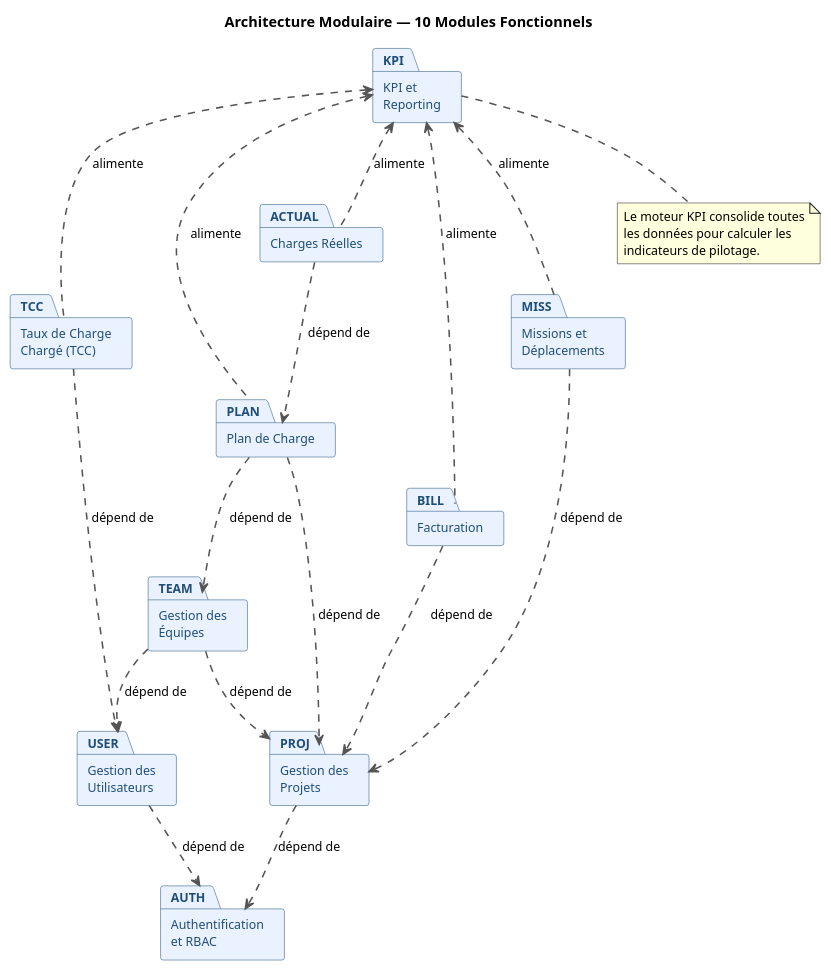
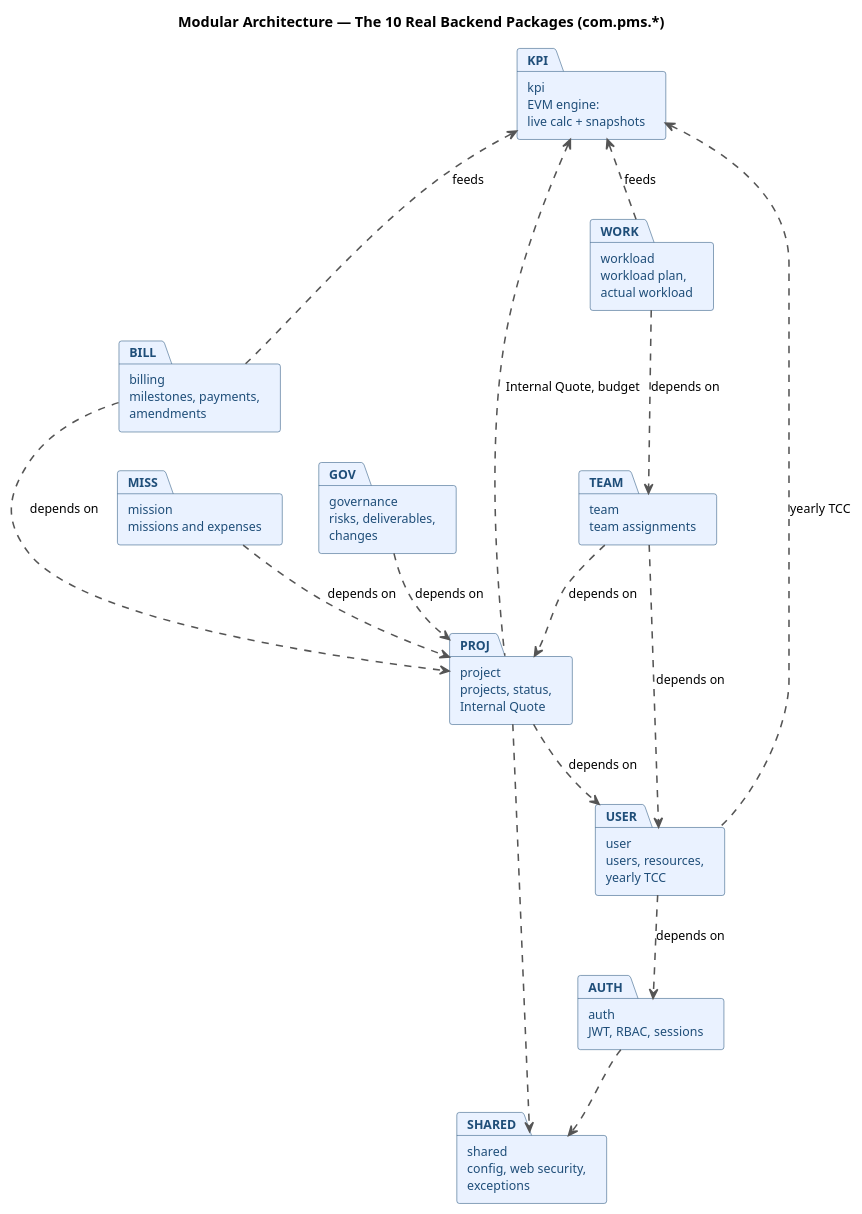
The diagram in docs/uml/02-package.puml (mazenrakrouki/tekup-pms-platform), drawn with PlantUML before and after one commit. The commit also changed 72 other files, not shown here.

```diff
--- a/docs/uml/02-package.puml
+++ b/docs/uml/02-package.puml
@@ -1,49 +1,43 @@
 @startuml package_diagram
-title Architecture Modulaire — 10 Modules Fonctionnels
+title Modular Architecture — The 10 Real Backend Packages (com.pms.*)
 
 skinparam shadowing false
 skinparam packageStyle rectangle
 skinparam packageBackgroundColor #EAF2FF
 skinparam packageBorderColor #1F4E79
 skinparam packageFontColor #1F4E79
 skinparam packageFontSize 13
 skinparam defaultFontName Helvetica
 skinparam defaultFontSize 12
 skinparam ArrowColor #555555
 skinparam ArrowThickness 1.5
 
-package "Authentification\net RBAC"   as AUTH
-package "Gestion des\nUtilisateurs"   as USER
-package "Gestion des\nProjets"        as PROJ
-package "Gestion des\nÉquipes"        as TEAM
-package "Taux de Charge\nChargé (TCC)" as TCC
-package "Plan de Charge"              as PLAN
-package "Charges Réelles"             as ACTUAL
-package "Facturation"                 as BILL
-package "Missions et\nDéplacements"   as MISS
-package "KPI et\nReporting"           as KPI
+package "auth\nJWT, RBAC, sessions"                    as AUTH
+package "user\nusers, resources,\nyearly TCC"           as USER
+package "project\nprojects, status,\nInternal Quote"    as PROJ
+package "team\nteam assignments"                        as TEAM
+package "workload\nworkload plan,\nactual workload"     as WORK
+package "billing\nmilestones, payments,\namendments"    as BILL
+package "mission\nmissions and expenses"                as MISS
+package "governance\nrisks, deliverables,\nchanges"     as GOV
+package "kpi\nEVM engine:\nlive calc + snapshots"       as KPI
+package "shared\nconfig, web security,\nexceptions"     as SHARED
 
-USER   ..> AUTH   : dépend de
-PROJ   ..> AUTH   : dépend de
-TEAM   ..> PROJ   : dépend de
-TEAM   ..> USER   : dépend de
-PLAN   ..> PROJ   : dépend de
-PLAN   ..> TEAM   : dépend de
-ACTUAL ..> PLAN   : dépend de
-BILL   ..> PROJ   : dépend de
-MISS   ..> PROJ   : dépend de
-TCC    ..> USER   : dépend de
+USER ..> AUTH : depends on
+PROJ ..> USER : depends on
+TEAM ..> PROJ : depends on
+TEAM ..> USER : depends on
+WORK ..> TEAM : depends on
+BILL ..> PROJ : depends on
+MISS ..> PROJ : depends on
+GOV  ..> PROJ : depends on
 
-KPI    <.. PLAN   : alimente
-KPI    <.. ACTUAL : alimente
-KPI    <.. BILL   : alimente
-KPI    <.. MISS   : alimente
-KPI    <.. TCC    : alimente
+KPI <.. WORK : feeds
+KPI <.. BILL : feeds
+KPI <.. USER : yearly TCC
+KPI <.. PROJ : Internal Quote, budget
 
-note bottom of KPI
-  Le moteur KPI consolide toutes
-  les données pour calculer les
-  indicateurs de pilotage.
-end note
+AUTH ..> SHARED
+PROJ ..> SHARED
 
 @enduml
```
